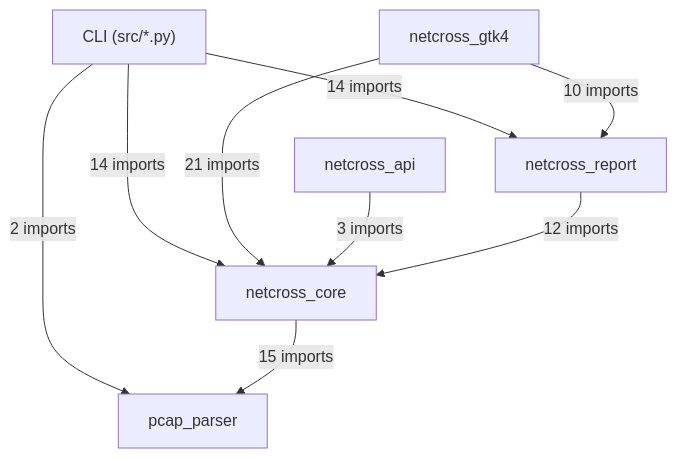
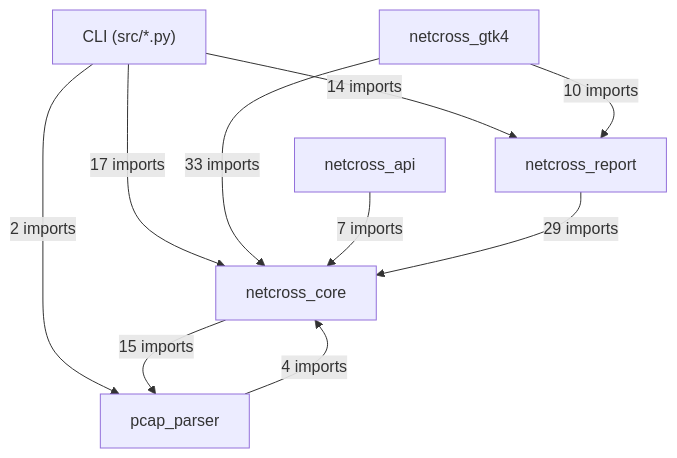
Before and after one commit to MathildeDec/Netcross: the first of 16 diagrams in docs/class-diagram.md, drawn with Mermaid. The commit also changed 119 other files, not shown here.

First line of the commit message:
chore(#245): ajout de get_logger dans 117 modules + lazy logger pour pcap_parser/CLI

````diff
--- a/docs/class-diagram.md
+++ b/docs/class-diagram.md
@@ -26,17 +26,18 @@
 ```mermaid
 flowchart TD
     CLI["CLI (src/*.py)"]
     netcross_gtk4["netcross_gtk4"]
     netcross_api["netcross_api"]
     netcross_report["netcross_report"]
     netcross_core["netcross_core"]
     pcap_parser["pcap_parser"]
     CLI -->|"14 imports"| netcross_report
-    CLI -->|"14 imports"| netcross_core
+    CLI -->|"17 imports"| netcross_core
     CLI -->|"2 imports"| pcap_parser
     netcross_gtk4 -->|"10 imports"| netcross_report
-    netcross_gtk4 -->|"21 imports"| netcross_core
-    netcross_api -->|"3 imports"| netcross_core
-    netcross_report -->|"12 imports"| netcross_core
+    netcross_gtk4 -->|"33 imports"| netcross_core
+    netcross_api -->|"7 imports"| netcross_core
+    netcross_report -->|"29 imports"| netcross_core
     netcross_core -->|"15 imports"| pcap_parser
+    pcap_parser -->|"4 imports"| netcross_core
 ```
````
